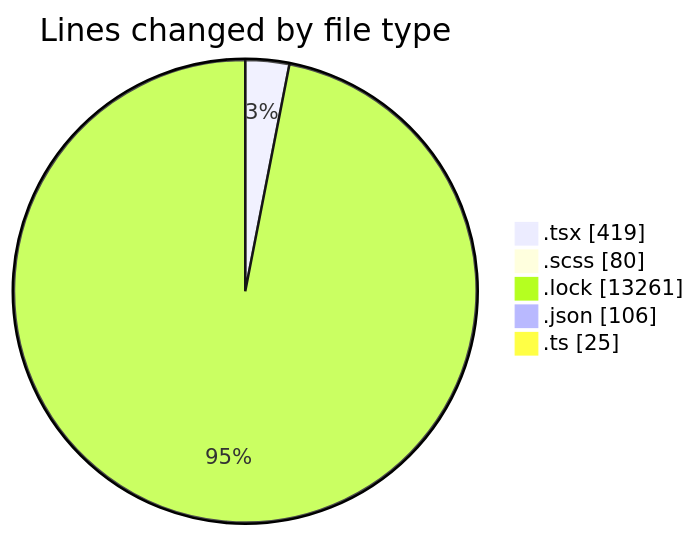
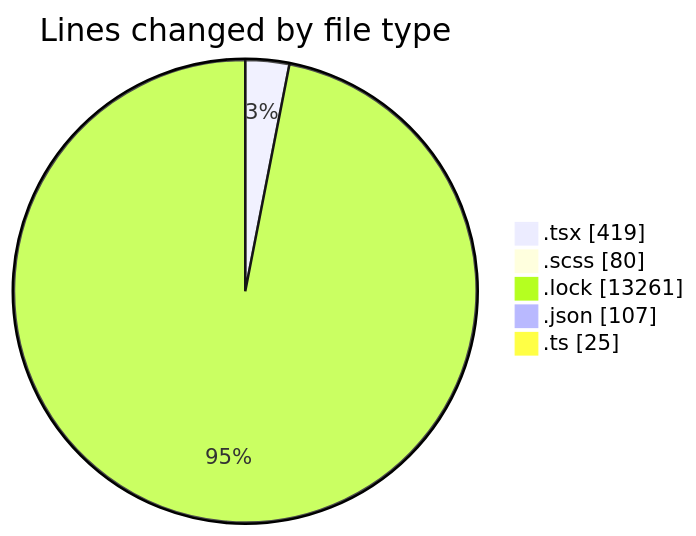
One commit to momahboobian/code-tracking changed the first of 2 diagrams in 2025-05-06/cda/README.md. Above: the diagram before and after it, drawn with Mermaid. The commit also changed other lines of this file and 1 other file, not shown here.

````diff
--- a/2025-05-06/cda/README.md
+++ b/2025-05-06/cda/README.md
@@ -29,9 +29,9 @@
 ```mermaid
 pie showData
 title Lines changed by file type
 ".tsx" : 419
 ".scss" : 80
 ".lock" : 13261
-".json" : 106
+".json" : 107
 ".ts" : 25
 ```
````
